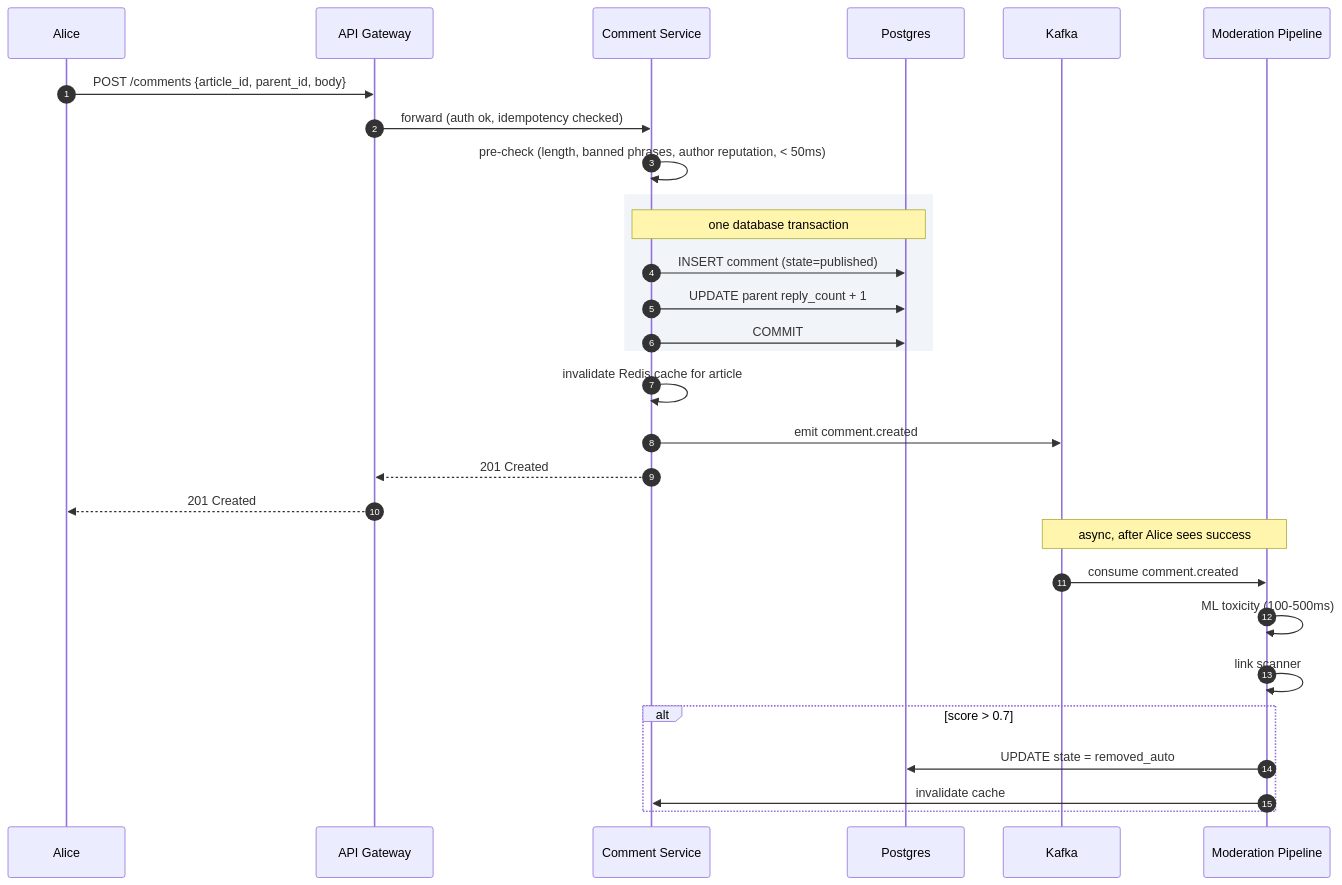
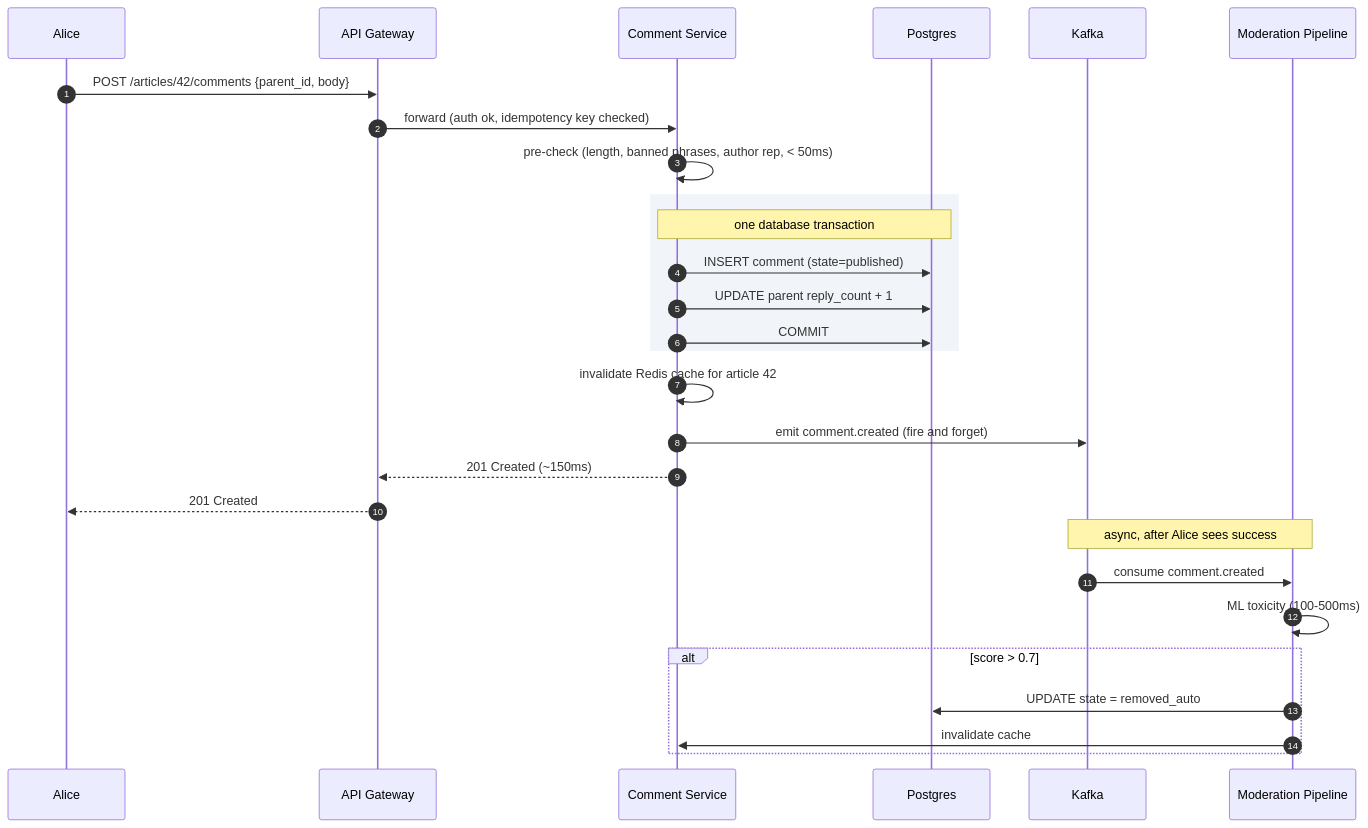
The eighth of 15 diagrams in _practice/system-design/015-comment-system.md (shiningflash/shiningflash.github.io), drawn with Mermaid before and after one commit. The commit also changed other lines of this file and 18 other files, not shown here.

````diff
--- a/_practice/system-design/015-comment-system.md
+++ b/_practice/system-design/015-comment-system.md
@@ -390,35 +416,34 @@
 ```mermaid
 sequenceDiagram
     autonumber
     participant Alice
     participant GW as API Gateway
     participant CS as Comment Service
     participant DB as Postgres
     participant K as Kafka
     participant MOD as Moderation Pipeline
 
-    Alice->>GW: POST /comments {article_id, parent_id, body}
-    GW->>CS: forward (auth ok, idempotency checked)
-    CS->>CS: pre-check (length, banned phrases, author reputation, < 50ms)
+    Alice->>GW: POST /articles/42/comments {parent_id, body}
+    GW->>CS: forward (auth ok, idempotency key checked)
+    CS->>CS: pre-check (length, banned phrases, author rep, < 50ms)
 
     rect rgb(241, 245, 249)
         Note over CS,DB: one database transaction
         CS->>DB: INSERT comment (state=published)
         CS->>DB: UPDATE parent reply_count + 1
         CS->>DB: COMMIT
     end
 
-    CS->>CS: invalidate Redis cache for article
-    CS->>K: emit comment.created
-    CS-->>GW: 201 Created
+    CS->>CS: invalidate Redis cache for article 42
+    CS->>K: emit comment.created (fire and forget)
+    CS-->>GW: 201 Created (~150ms)
     GW-->>Alice: 201 Created
 
     Note over K,MOD: async, after Alice sees success
     K->>MOD: consume comment.created
     MOD->>MOD: ML toxicity (100-500ms)
-    MOD->>MOD: link scanner
     alt score > 0.7
         MOD->>DB: UPDATE state = removed_auto
         MOD->>CS: invalidate cache
     end
 ```
````
